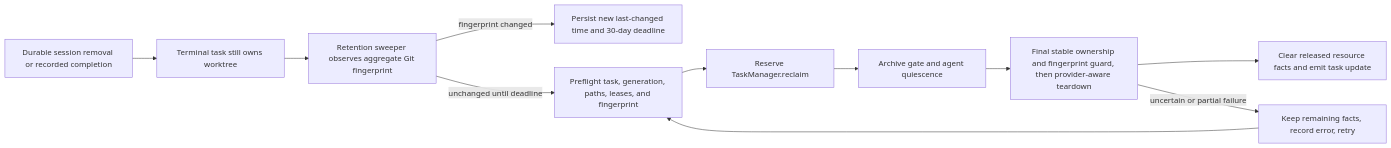
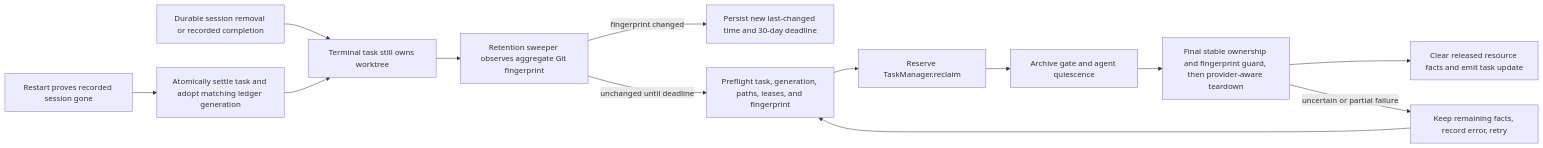
Before and after one commit to teamupstart/mission-control: the diagram in docs/plans/automatic-stale-worktree-cleanup/plan.md, drawn with Mermaid. The commit also changed other lines of this file and 5 other files, not shown here.

````diff
--- a/docs/plans/automatic-stale-worktree-cleanup/plan.md
+++ b/docs/plans/automatic-stale-worktree-cleanup/plan.md
@@ -130,13 +141,15 @@
 ```mermaid
 flowchart LR
   A[Durable session removal or recorded completion] --> B[Terminal task still owns worktree]
+  R[Restart proves recorded session gone] --> S[Atomically settle task and adopt matching ledger generation]
+  S --> B
   B --> C[Retention sweeper observes aggregate Git fingerprint]
   C -->|fingerprint changed| D[Persist new last-changed time and 30-day deadline]
   C -->|unchanged until deadline| E[Preflight task, generation, paths, leases, and fingerprint]
   E --> F[Reserve TaskManager.reclaim]
   F --> G[Archive gate and agent quiescence]
   G --> H[Final stable ownership and fingerprint guard, then provider-aware teardown]
   H --> I[Clear released resource facts and emit task update]
   H -->|uncertain or partial failure| J[Keep remaining facts, record error, retry]
   J --> E
 ```
````
